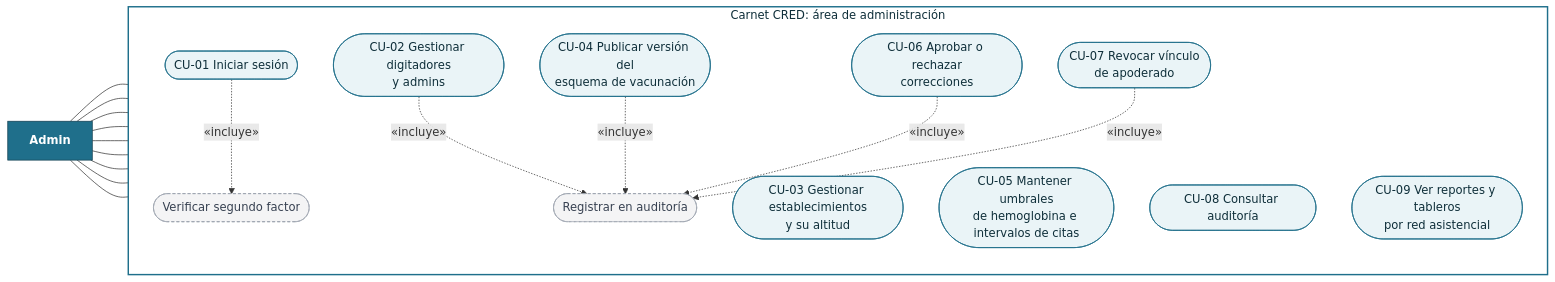
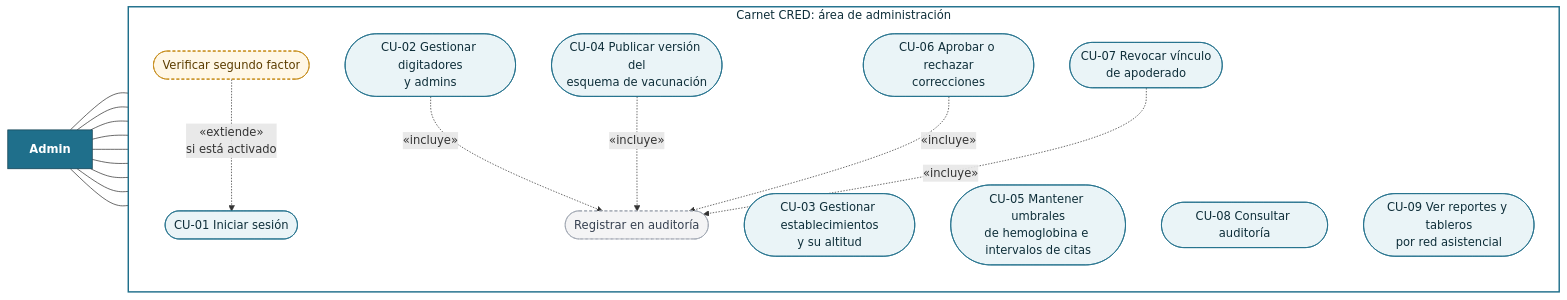
One commit to Jose27luis/CarnetBoy changed the second of 32 diagrams in README.md. Above: the diagram before and after it, drawn with Mermaid. The commit also changed other lines of this file, not shown here.

Commit message:
docs(readme): el segundo factor es opcional en los casos de uso

````diff
--- a/README.md
+++ b/README.md
@@ -275,40 +275,41 @@
 ```mermaid
 flowchart LR
     ADM["Admin"]:::actor
 
     subgraph SIS["Carnet CRED: área de administración"]
         direction TB
         A01(["CU-01 Iniciar sesión"]):::uc
-        A0F(["Verificar segundo factor"]):::inc
+        A0F(["Verificar segundo factor"]):::ext
         A02(["CU-02 Gestionar digitadores<br/>y admins"]):::uc
         A03(["CU-03 Gestionar establecimientos<br/>y su altitud"]):::uc
         A04(["CU-04 Publicar versión del<br/>esquema de vacunación"]):::uc
         A05(["CU-05 Mantener umbrales<br/>de hemoglobina e intervalos de citas"]):::uc
         A06(["CU-06 Aprobar o rechazar<br/>correcciones"]):::uc
         A07(["CU-07 Revocar vínculo<br/>de apoderado"]):::uc
         A08(["CU-08 Consultar auditoría"]):::uc
         A09(["CU-09 Ver reportes y tableros<br/>por red asistencial"]):::uc
         AUD(["Registrar en auditoría"]):::inc
     end
 
     ADM --- A01
     ADM --- A02
     ADM --- A03
     ADM --- A04
     ADM --- A05
     ADM --- A06
     ADM --- A07
     ADM --- A08
     ADM --- A09
 
-    A01 -.->|"«incluye»"| A0F
+    A0F -.->|"«extiende»<br/>si está activado"| A01
     A02 -.->|"«incluye»"| AUD
     A04 -.->|"«incluye»"| AUD
     A06 -.->|"«incluye»"| AUD
     A07 -.->|"«incluye»"| AUD
 
     classDef actor fill:#1F6F8B,stroke:#123F50,color:#FFFFFF,font-weight:bold
     classDef uc fill:#EAF4F7,stroke:#1F6F8B,color:#0F2F3A
     classDef inc fill:#F4F4F5,stroke:#9CA3AF,color:#374151,stroke-dasharray:4 3
+    classDef ext fill:#FFF7E6,stroke:#C2850C,color:#5C3D00,stroke-dasharray:4 3
     style SIS fill:#FFFFFF,stroke:#1F6F8B,stroke-width:2px,color:#0F2F3A
 ```
````
